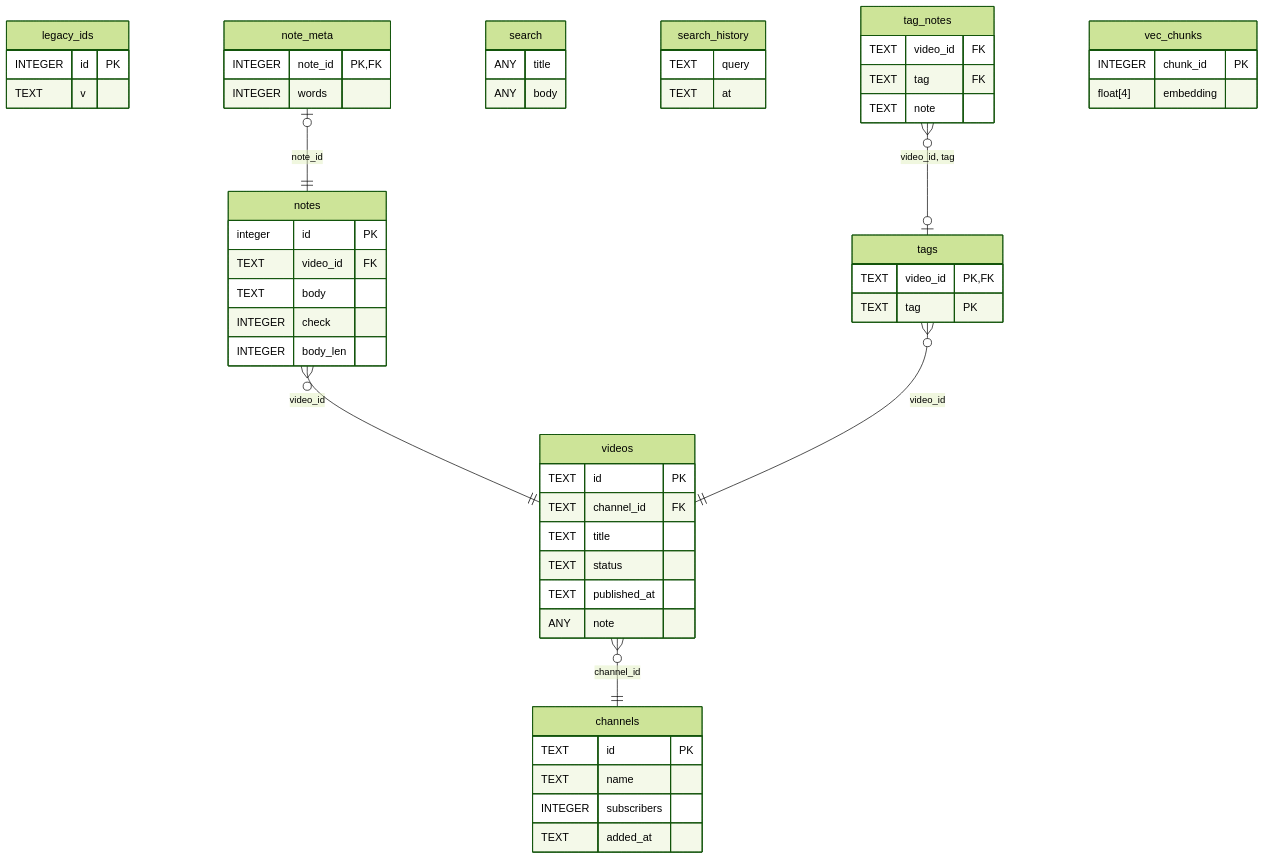
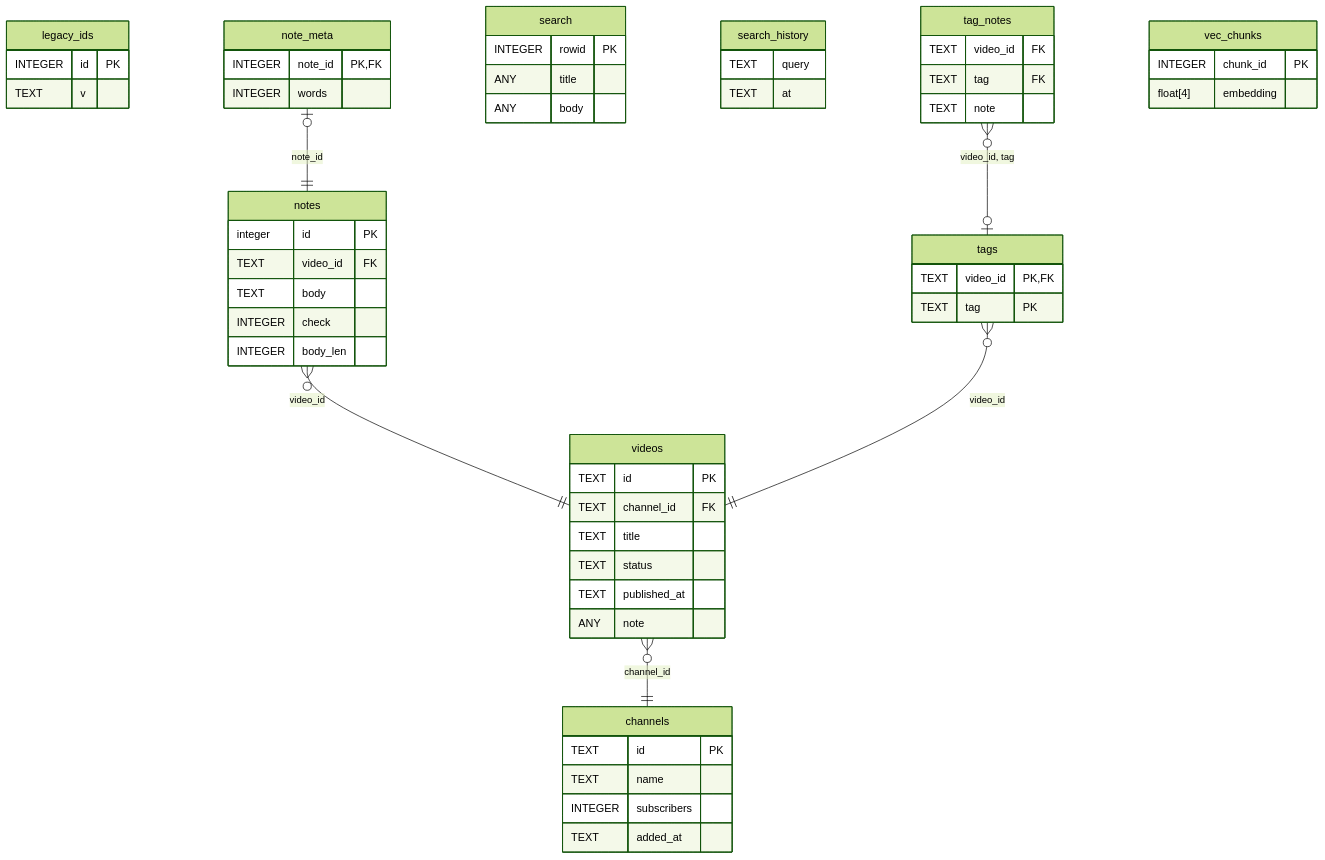
The diagram in kit/schemadoc/testdata/fixture.md (trick77/ship), drawn with Mermaid (forest theme) before and after one commit. The commit also changed other lines of this file and 5 other files, not shown here.

First line of the commit message:
kit/schemadoc: null-guarded unique indexes, view kinds, fts rowid

````diff
--- a/kit/schemadoc/testdata/fixture.md
+++ b/kit/schemadoc/testdata/fixture.md
@@ -168,58 +169,59 @@
 ```mermaid
 erDiagram
     channels {
         TEXT id PK
         TEXT name
         INTEGER subscribers
         TEXT added_at
     }
     legacy_ids {
         INTEGER id PK
         TEXT v
     }
     note_meta {
         INTEGER note_id PK, FK
         INTEGER words
     }
     notes {
         integer id PK
         TEXT video_id FK
         TEXT body
         INTEGER check
         INTEGER body_len
     }
     search {
+        INTEGER rowid PK
         ANY title
         ANY body
     }
     search_history {
         TEXT query
         TEXT at
     }
     tag_notes {
         TEXT video_id FK
         TEXT tag FK
         TEXT note
     }
     tags {
         TEXT video_id PK, FK
         TEXT tag PK
     }
     vec_chunks {
         INTEGER chunk_id PK
         float[4] embedding
     }
     videos {
         TEXT id PK
         TEXT channel_id FK
         TEXT title
         TEXT status
         TEXT published_at
         ANY note
     }
     note_meta |o--|| notes : "note_id"
     notes }o--|| videos : "video_id"
     tag_notes }o--o| tags : "video_id, tag"
     tags }o--|| videos : "video_id"
     videos }o--|| channels : "channel_id"
 ```
````
